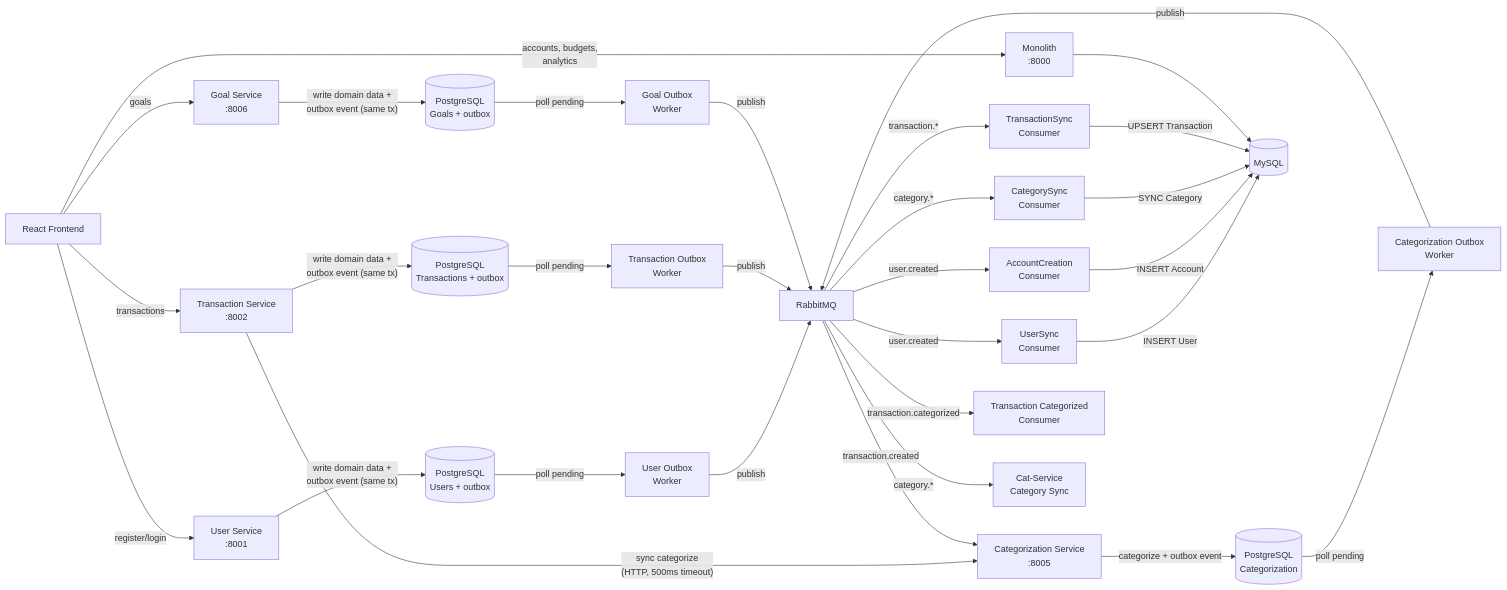
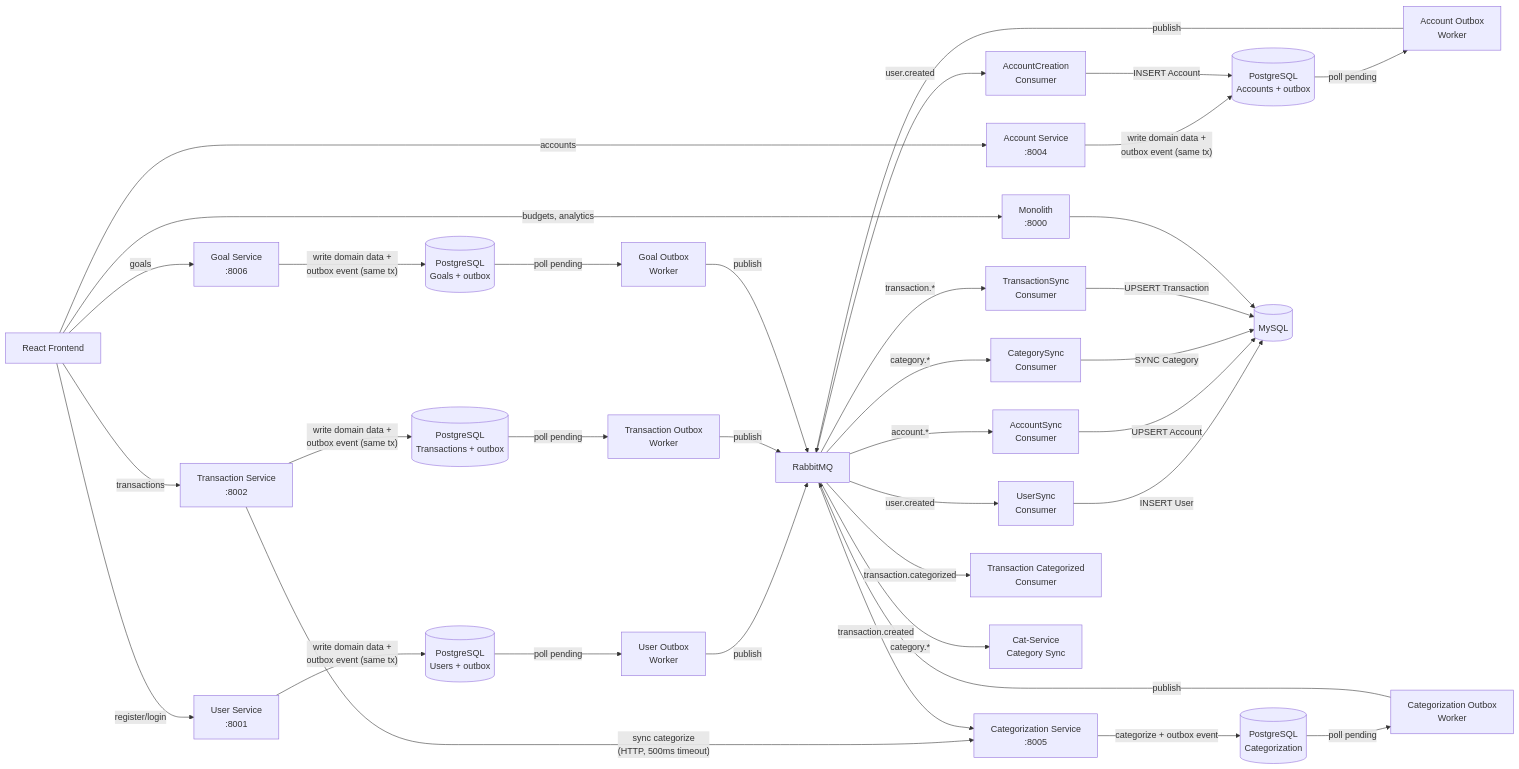
One commit to Jothom2912/Finance-Tracker changed the first of 5 diagrams in README.md. Above: the diagram before and after it, drawn with Mermaid. The commit also changed other lines of this file and 1 other file, not shown here.

First line of the commit message:
Update documentation for account-service and ai-service

````diff
--- a/README.md
+++ b/README.md
@@ -96,39 +103,45 @@
 ```mermaid
 graph LR
     FE[React Frontend] -->|register/login| US[User Service<br/>:8001]
     FE -->|transactions| TS[Transaction Service<br/>:8002]
-    FE -->|accounts, budgets,<br/>analytics| MON[Monolith<br/>:8000]
+    FE -->|accounts| AS[Account Service<br/>:8004]
+    FE -->|budgets, analytics| MON[Monolith<br/>:8000]
     FE -->|goals| GS[Goal Service<br/>:8006]
 
     US -->|"write domain data +<br/>outbox event (same tx)"| PG_U[(PostgreSQL<br/>Users + outbox)]
     TS -->|"write domain data +<br/>outbox event (same tx)"| PG_T[(PostgreSQL<br/>Transactions + outbox)]
+    AS -->|"write domain data +<br/>outbox event (same tx)"| PG_A[(PostgreSQL<br/>Accounts + outbox)]
     GS -->|"write domain data +<br/>outbox event (same tx)"| PG_G[(PostgreSQL<br/>Goals + outbox)]
     CS[Categorization Service<br/>:8005] -->|"categorize + outbox event"| PG_C[(PostgreSQL<br/>Categorization)]
 
     TS -->|"sync categorize<br/>(HTTP, 500ms timeout)"| CS
 
     PG_U -->|poll pending| UOW[User Outbox<br/>Worker]
     PG_T -->|poll pending| TOW[Transaction Outbox<br/>Worker]
+    PG_A -->|poll pending| AOW[Account Outbox<br/>Worker]
     PG_G -->|poll pending| GOW[Goal Outbox<br/>Worker]
     PG_C -->|poll pending| COW[Categorization Outbox<br/>Worker]
 
     UOW -->|publish| RMQ[RabbitMQ]
     TOW -->|publish| RMQ
+    AOW -->|publish| RMQ
     GOW -->|publish| RMQ
     COW -->|publish| RMQ
 
     RMQ -->|user.created| USC[UserSync<br/>Consumer]
     RMQ -->|user.created| ACC[AccountCreation<br/>Consumer]
+    RMQ -->|account.*| ASC[AccountSync<br/>Consumer]
     RMQ -->|category.*| CSC[CategorySync<br/>Consumer]
     RMQ -->|transaction.*| TSC[TransactionSync<br/>Consumer]
     RMQ -->|transaction.created| CS
     RMQ -->|transaction.categorized| TCC[Transaction Categorized<br/>Consumer]
     RMQ -->|category.*| CCSC[Cat-Service<br/>Category Sync]
 
     USC -->|INSERT User| MYSQL[(MySQL)]
-    ACC -->|INSERT Account| MYSQL
+    ACC -->|INSERT Account| PG_A
+    ASC -->|UPSERT Account| MYSQL
     CSC -->|SYNC Category| MYSQL
     TSC -->|UPSERT Transaction| MYSQL
 
     MON --> MYSQL
 ```
````
